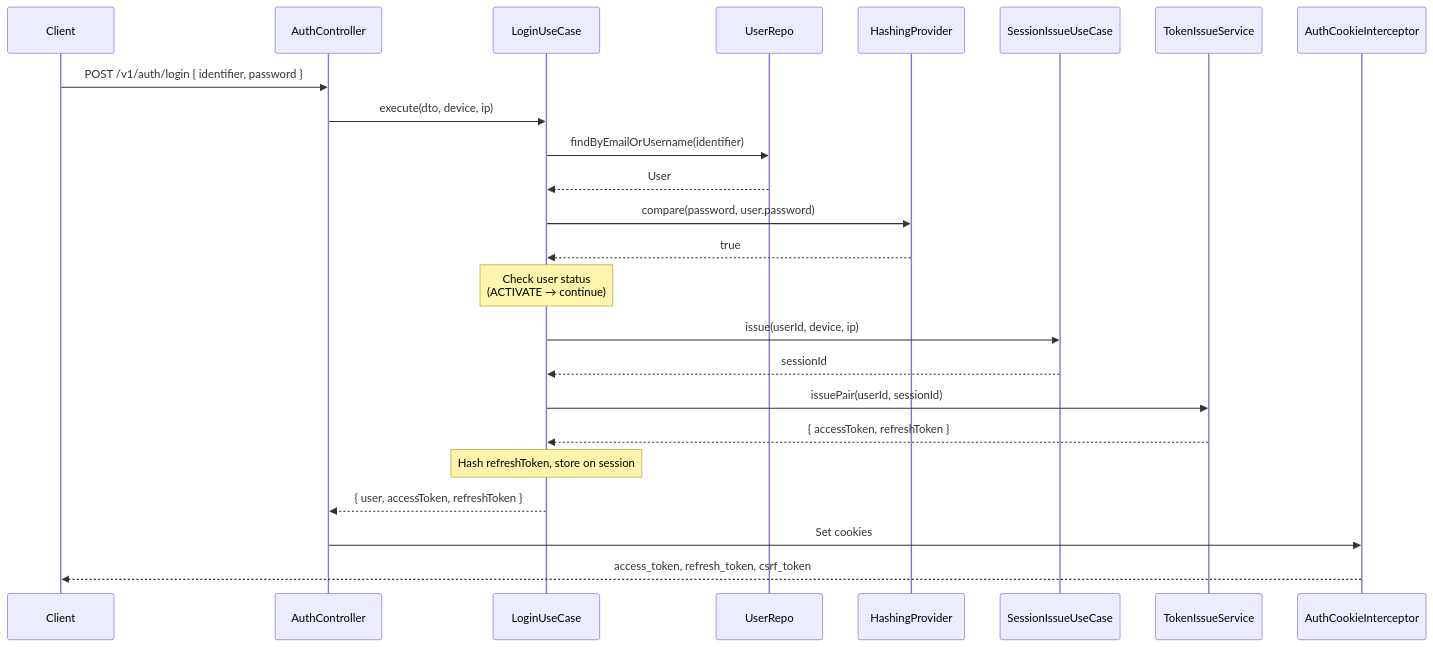
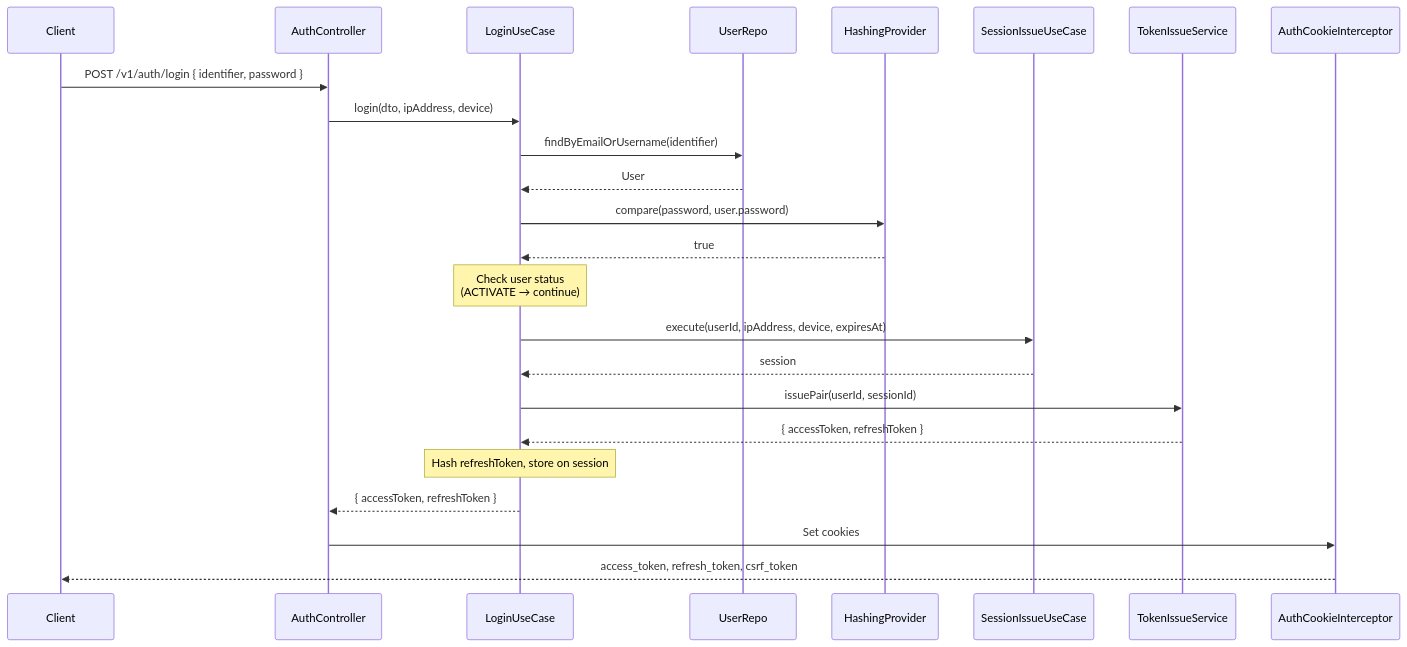
The second of 7 diagrams in docs/diagrams.md (l1mindr/nest-backend), drawn with Mermaid before and after one commit. The commit also changed other lines of this file and 18 other files, not shown here.

````diff
--- a/docs/diagrams.md
+++ b/docs/diagrams.md
@@ -54,33 +52,33 @@
 ```mermaid
 sequenceDiagram
     participant Client
     participant AuthController
     participant LoginUseCase
     participant UserRepo
     participant HashingProvider
     participant SessionIssueUseCase
     participant TokenIssueService
     participant AuthCookieInterceptor
 
     Client->>AuthController: POST /v1/auth/login { identifier, password }
-    AuthController->>LoginUseCase: execute(dto, device, ip)
+    AuthController->>LoginUseCase: login(dto, ipAddress, device)
     LoginUseCase->>UserRepo: findByEmailOrUsername(identifier)
     UserRepo-->>LoginUseCase: User
 
     LoginUseCase->>HashingProvider: compare(password, user.password)
     HashingProvider-->>LoginUseCase: true
 
     Note over LoginUseCase: Check user status<br/>(ACTIVATE → continue)
 
-    LoginUseCase->>SessionIssueUseCase: issue(userId, device, ip)
-    SessionIssueUseCase-->>LoginUseCase: sessionId
+    LoginUseCase->>SessionIssueUseCase: execute(userId, ipAddress, device, expiresAt)
+    SessionIssueUseCase-->>LoginUseCase: session
 
     LoginUseCase->>TokenIssueService: issuePair(userId, sessionId)
     TokenIssueService-->>LoginUseCase: { accessToken, refreshToken }
 
     Note over LoginUseCase: Hash refreshToken, store on session
 
-    LoginUseCase-->>AuthController: { user, accessToken, refreshToken }
+    LoginUseCase-->>AuthController: { accessToken, refreshToken }
     AuthController->>AuthCookieInterceptor: Set cookies
     AuthCookieInterceptor-->>Client: access_token, refresh_token, csrf_token
 ```
````
